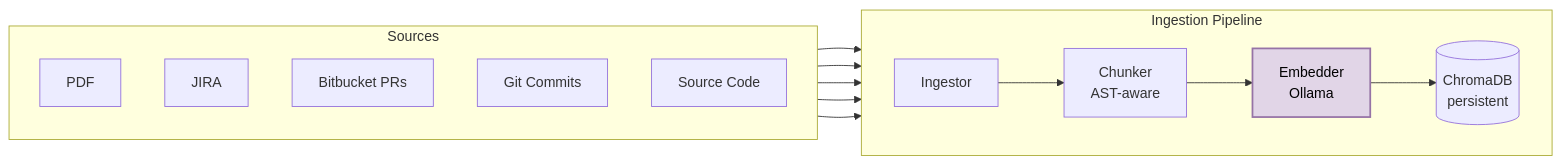
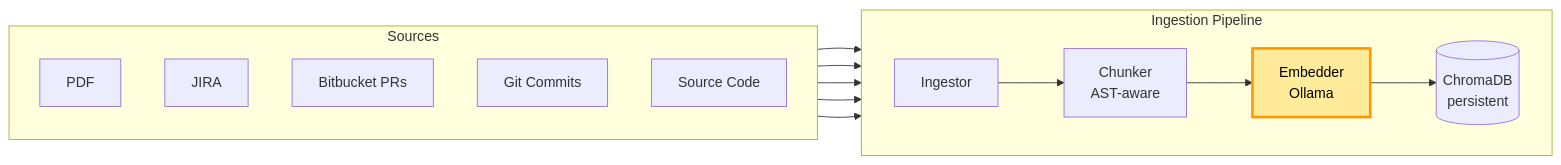
Before and after one commit to r-xue/ragdoll: the first of 2 diagrams in docs/architecture.md, drawn with Mermaid. The commit also changed other lines of this file and 1 other file, not shown here.

````diff
--- a/docs/architecture.md
+++ b/docs/architecture.md
@@ -8,33 +8,33 @@
 ```{mermaid}
 graph LR
-    classDef ai fill:#e1d5e7,stroke:#9673a6,stroke-width:2px,color:#000;
+    classDef ai fill:#ffeb99,stroke:#ff9900,stroke-width:3px,color:#000;
 
     subgraph Sources
         direction TB
         PDF[PDF]
         JIRA[JIRA]
         BB[Bitbucket PRs]
         GIT[Git Commits]
         CODE[Source Code]
     end
     
     subgraph Ingestion Pipeline
         direction LR
         INGEST[Ingestor]
         CHUNK[Chunker<br/>AST-aware]
         EMBED[Embedder<br/>Ollama]
         DB[(ChromaDB<br/>persistent)]
     end
     
     PDF --> INGEST
     JIRA --> INGEST
     BB --> INGEST
     GIT --> INGEST
     CODE --> INGEST
     
     INGEST --> CHUNK
     CHUNK --> EMBED
     EMBED --> DB
 
     class EMBED ai;
 ```
````
